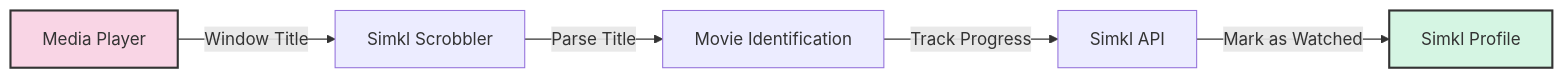
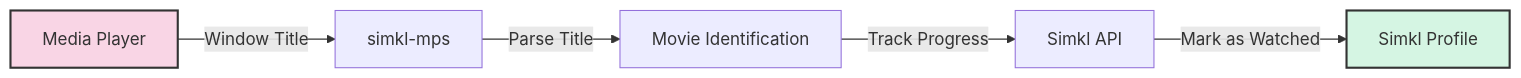
The diagram in README.md (ByteTrix/Media-Player-Scrobbler-for-Simkl), drawn with Mermaid before and after one commit. The commit also changed 24 other files, not shown here.

````diff
--- a/README.md
+++ b/README.md
@@ -55,10 +55,10 @@
 ```mermaid
 graph LR
-    A[Media Player] -->|Window Title| B[Simkl Scrobbler]
+    A[Media Player] -->|Window Title| B[simkl-mps]
     B -->|Parse Title| C[Movie Identification]
     C -->|Track Progress| D[Simkl API]
     D -->|Mark as Watched| E[Simkl Profile]
     
     style A fill:#f9d5e5,stroke:#333,stroke-width:2px
     style E fill:#d5f5e3,stroke:#333,stroke-width:2px
 ```
````
